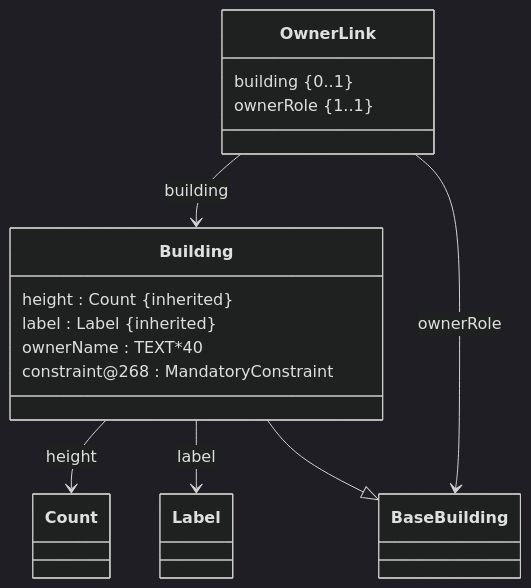
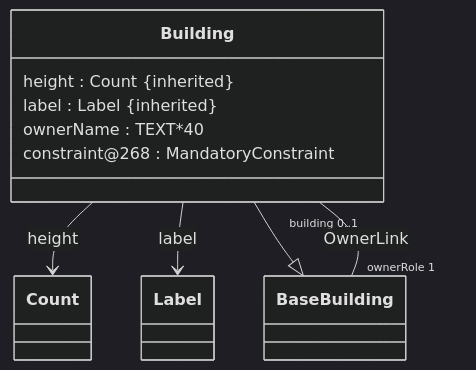
Before and after one commit to edigonzales/interlis-java: the diagram in docs/usage/compiler.md, drawn with Mermaid (dark theme). The commit also changed other lines of this file and 6 other files, not shown here.

Commit message:
Render binary associations as Mermaid edges

````diff
--- a/docs/usage/compiler.md
+++ b/docs/usage/compiler.md
@@ -123,24 +125,19 @@
 ```mermaid
 classDiagram
   class N1["Building"] {
     height : Count #123;inherited#125;
     label : Label #123;inherited#125;
     ownerName : TEXT*40
     constraint@268 : MandatoryConstraint
   }
-  class N2["OwnerLink"] {
-    building #123;0..1#125;
-    ownerRole #123;1..1#125;
+  class N2["Count"] {
   }
-  class N3["Count"] {
+  class N3["Label"] {
   }
-  class N4["Label"] {
+  class N4["BaseBuilding"] {
   }
-  class N5["BaseBuilding"] {
-  }
-  N1 --> N3 : height
-  N1 --> N4 : label
-  N1 --|> N5
-  N2 --> N1 : building
-  N2 --> N5 : ownerRole
+  N1 --> N2 : height
+  N1 --> N3 : label
+  N1 --|> N4
+  N1 "building 0..1" -- "ownerRole 1" N4 : OwnerLink
 ```
````
